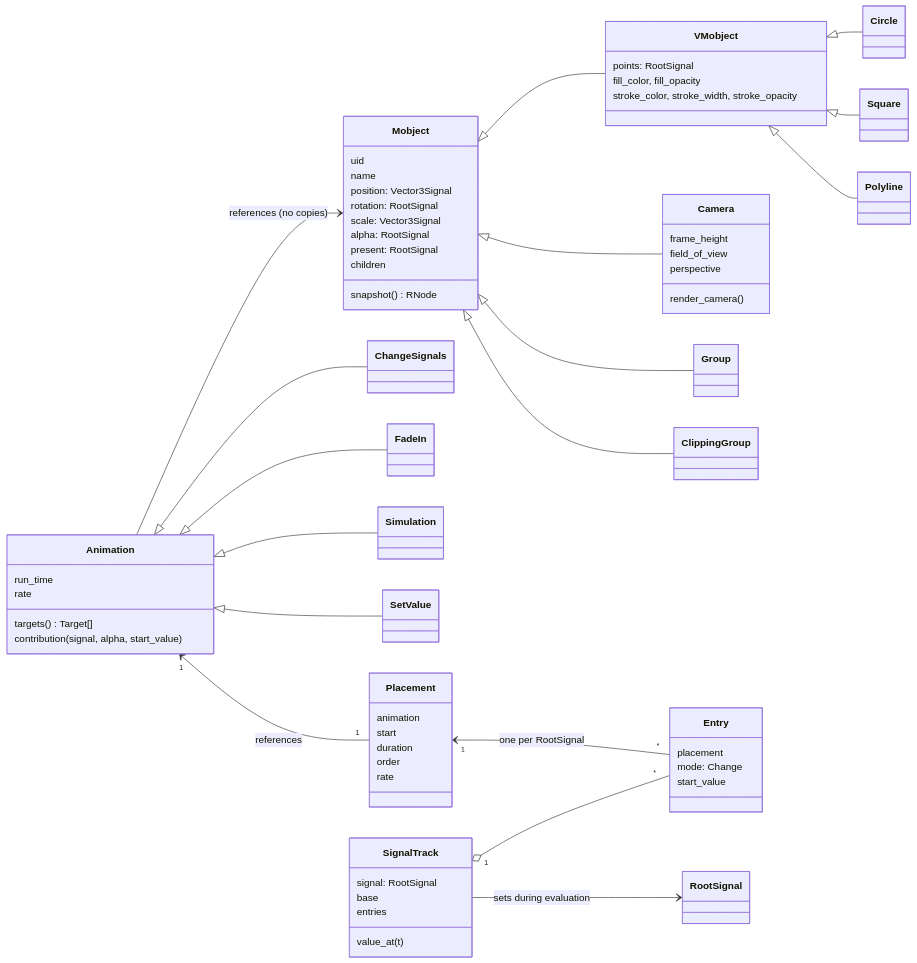
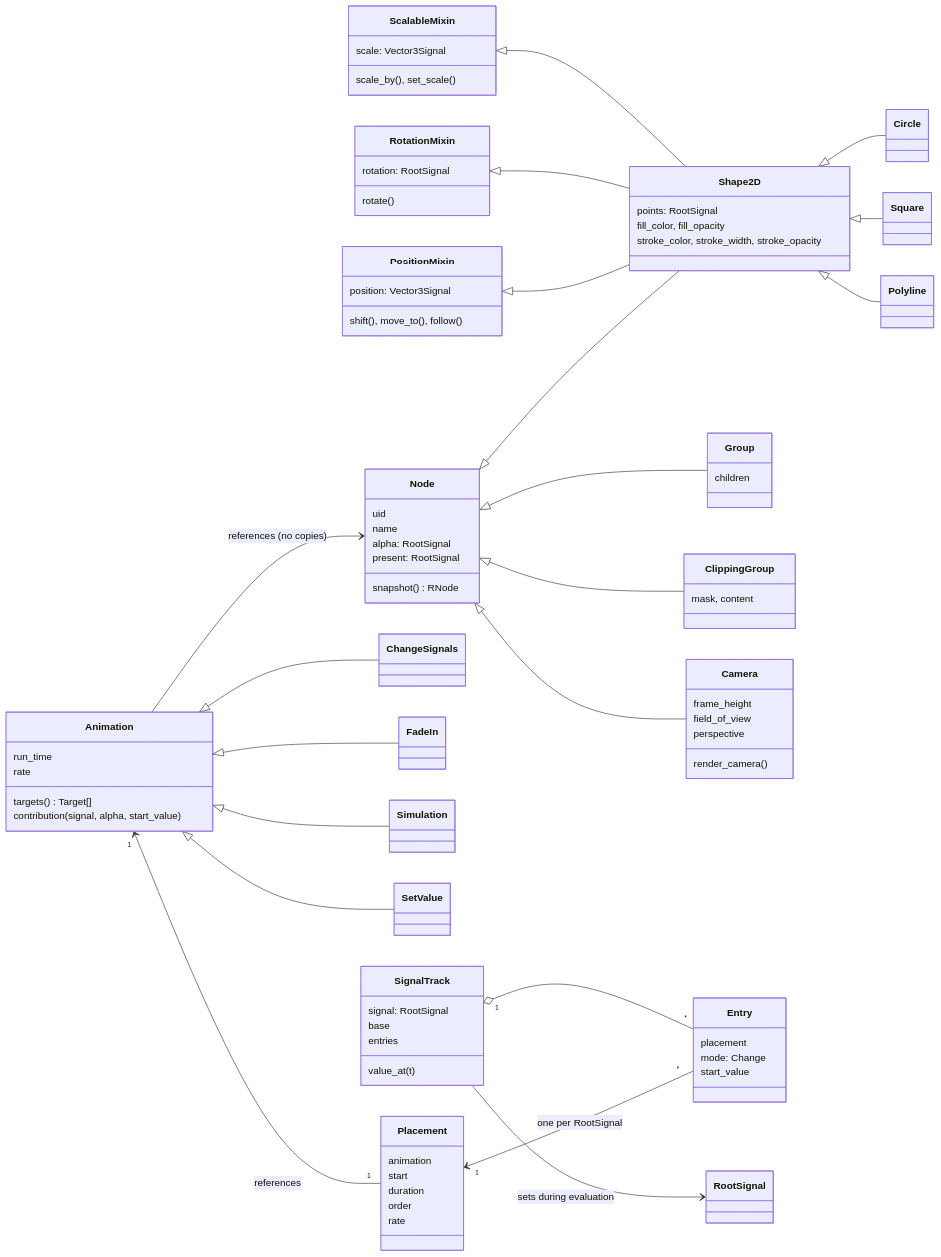
The third of 8 diagrams in manimx/ARCHITECTURE.md (MrDiver/manim), drawn with Mermaid before and after one commit. The commit also changed other lines of this file and 27 other files, not shown here.

````diff
--- a/manimx/ARCHITECTURE.md
+++ b/manimx/ARCHITECTURE.md
@@ -151,21 +151,35 @@
 ```mermaid
 classDiagram
     direction LR
-    class Mobject {
+    class Node {
         uid
         name
-        position: Vector3Signal
-        rotation: RootSignal
-        scale: Vector3Signal
         alpha: RootSignal
         present: RootSignal
-        children
         snapshot() RNode
     }
-    class VMobject {
+    class PositionMixin {
+        position: Vector3Signal
+        shift(), move_to(), follow()
+    }
+    class RotationMixin {
+        rotation: RootSignal
+        rotate()
+    }
+    class ScalableMixin {
+        scale: Vector3Signal
+        scale_by(), set_scale()
+    }
+    class Shape2D {
         points: RootSignal
         fill_color, fill_opacity
         stroke_color, stroke_width, stroke_opacity
+    }
+    class Group {
+        children
+    }
+    class ClippingGroup {
+        mask, content
     }
     class Camera {
         frame_height
@@ -173,13 +187,16 @@
         perspective
         render_camera()
     }
-    Mobject <|-- VMobject
-    Mobject <|-- Group
-    Mobject <|-- ClippingGroup
-    Mobject <|-- Camera
-    VMobject <|-- Circle
-    VMobject <|-- Square
-    VMobject <|-- Polyline
+    Node <|-- Shape2D
+    Node <|-- Group
+    Node <|-- ClippingGroup
+    Node <|-- Camera
+    PositionMixin <|-- Shape2D
+    RotationMixin <|-- Shape2D
+    ScalableMixin <|-- Shape2D
+    Shape2D <|-- Circle
+    Shape2D <|-- Square
+    Shape2D <|-- Polyline
 
     class Animation {
         run_time
@@ -215,5 +232,5 @@
     Placement "1" <-- "*" Entry : one per RootSignal
     SignalTrack "1" o-- "*" Entry
     SignalTrack --> RootSignal : sets during evaluation
-    Animation --> Mobject : references (no copies)
+    Animation --> Node : references (no copies)
 ```
````
